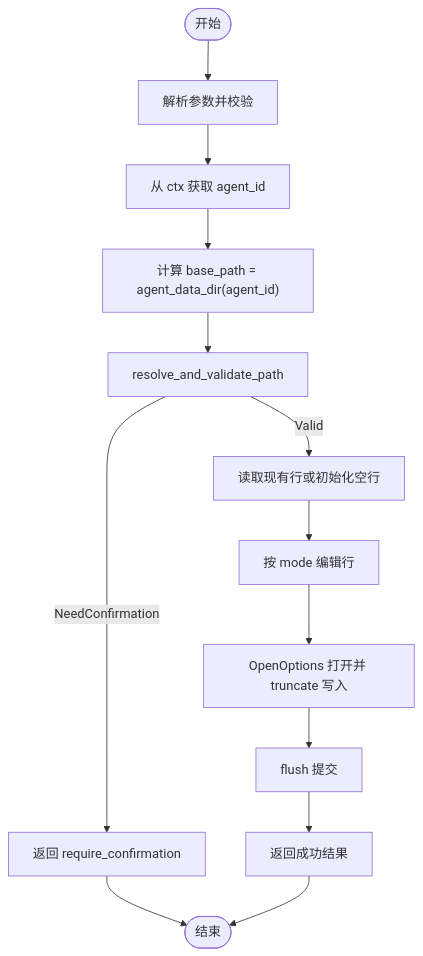
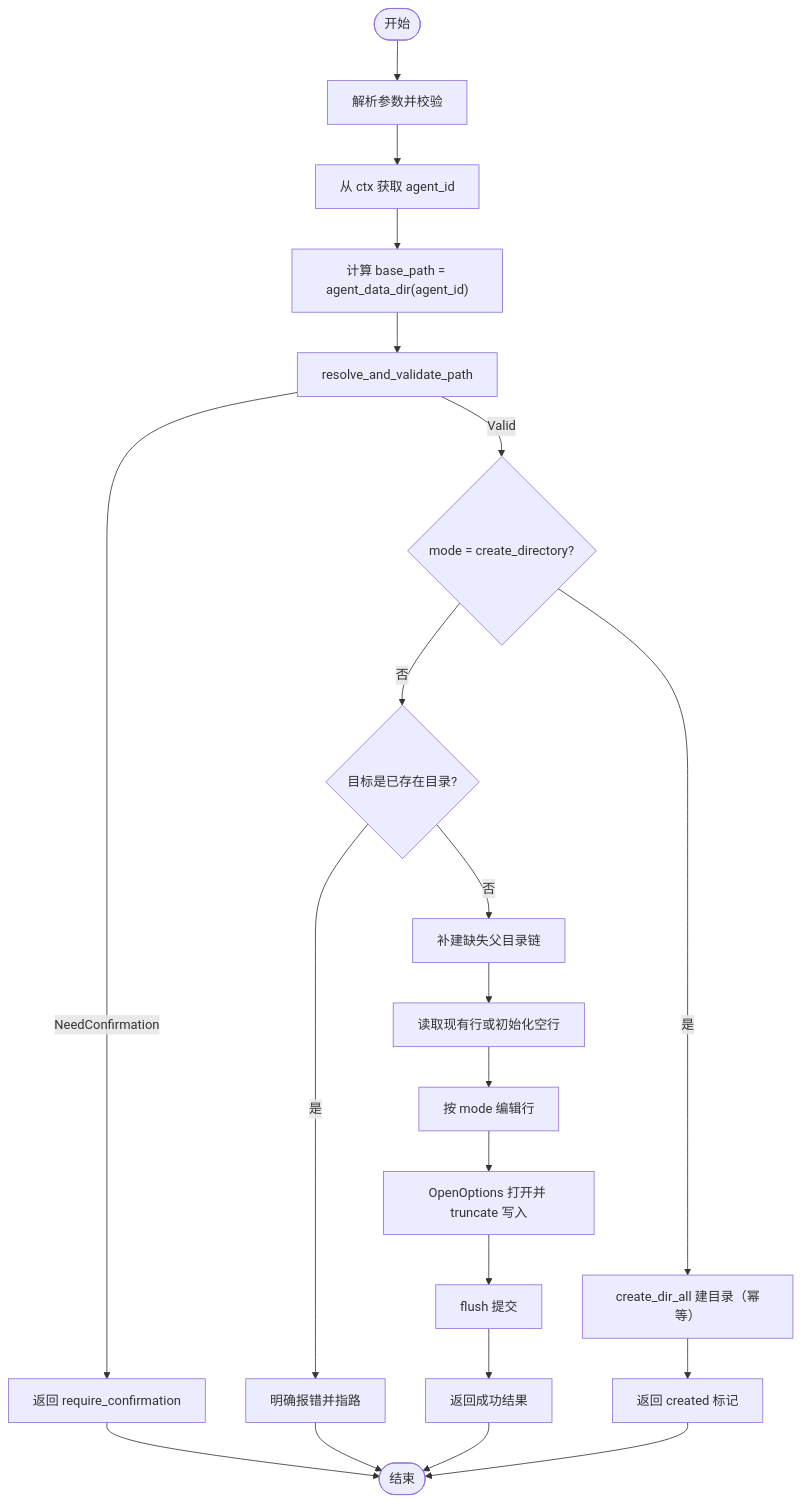
Before and after one commit to runningcoders/ai_orz: the third of 4 diagrams in docs/wiki/zh/content/基础设施/工具注册表/内置工具系统/文件写入工具.md, drawn with Mermaid. The commit also changed other lines of this file and 7 other files, not shown here.

First line of the commit message:
feat(tools): fs_read/fs_write 支持目录——读目录列举 + 写自动补建父目录 + create_directory 模式

````diff
--- a/docs/wiki/zh/content/基础设施/工具注册表/内置工具系统/文件写入工具.md
+++ b/docs/wiki/zh/content/基础设施/工具注册表/内置工具系统/文件写入工具.md
@@ -161,15 +169,23 @@
 ```mermaid
 flowchart TD
 Start(["开始"]) --> Parse["解析参数并校验"]
 Parse --> GetCtx["从 ctx 获取 agent_id"]
 GetCtx --> BasePath["计算 base_path = agent_data_dir(agent_id)"]
 BasePath --> Validate["resolve_and_validate_path"]
 Validate --> |NeedConfirmation| Confirm["返回 require_confirmation"]
-Validate --> |Valid| ReadOrInit["读取现有行或初始化空行"]
+Validate --> |Valid| Mode{"mode = create_directory?"}
+Mode --> |是| Mkdir["create_dir_all 建目录（幂等）"]
+Mode --> |否| Guard{"目标是已存在目录?"}
+Guard --> |是| ErrDir["明确报错并指路"]
+Guard --> |否| MkParents["补建缺失父目录链"]
+MkParents --> ReadOrInit["读取现有行或初始化空行"]
 ReadOrInit --> Edit["按 mode 编辑行"]
 Edit --> Write["OpenOptions 打开并 truncate 写入"]
 Write --> Flush["flush 提交"]
 Flush --> Result["返回成功结果"]
+Mkdir --> Result2["返回 created 标记"]
 Confirm --> End(["结束"])
+ErrDir --> End
 Result --> End
+Result2 --> End
 ```
````
